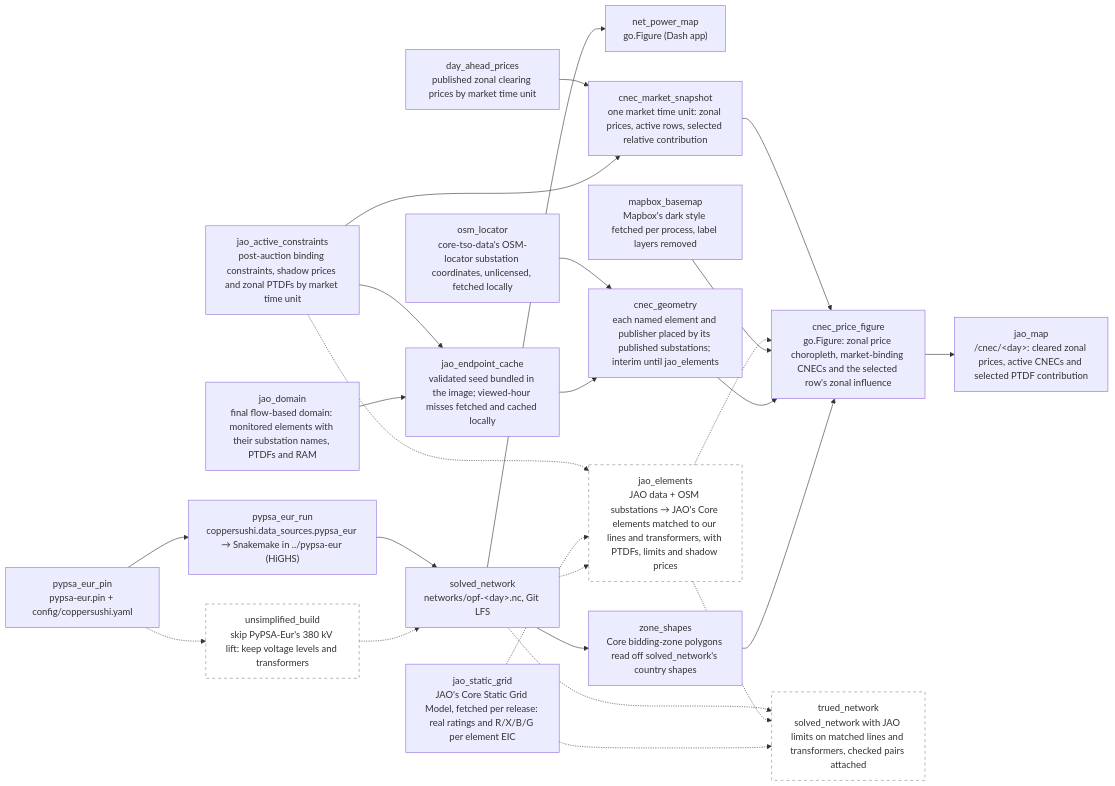
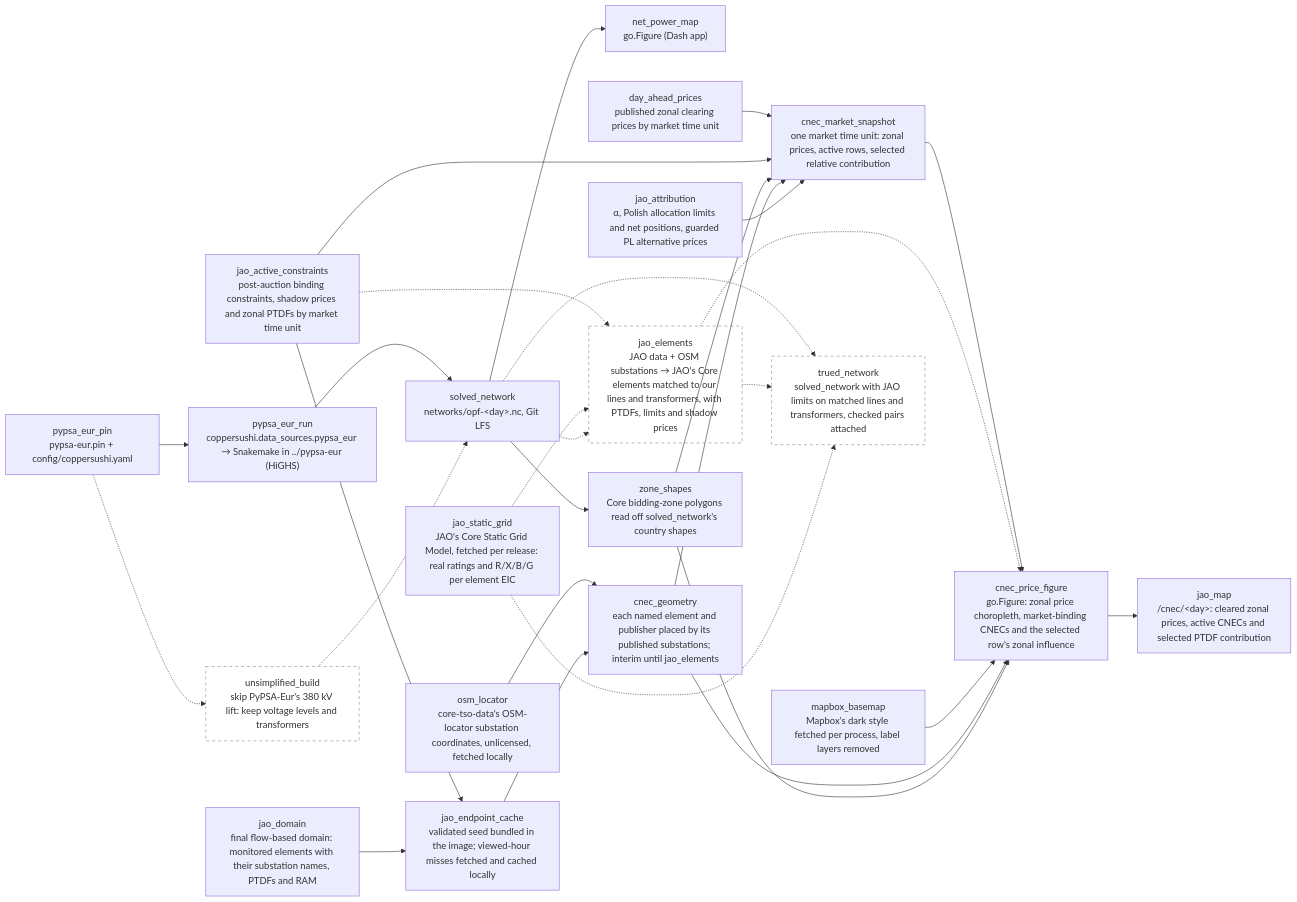
The diagram in wiki/sushi-2.md (zoltanmaric/coppersushi), drawn with Mermaid before and after one commit. The commit also changed 28 other files, not shown here.

````diff
--- a/wiki/sushi-2.md
+++ b/wiki/sushi-2.md
@@ -17,52 +17,56 @@
 ```mermaid
 flowchart LR
     classDef planned stroke-dasharray: 5 5,stroke:#888,fill:none
 
     net_power_map["net_power_map<br/>go.Figure (Dash app)"]
 
     pypsa_eur_pin["pypsa_eur_pin<br/>pypsa-eur.pin + config/coppersushi.yaml"]
     pypsa_eur_run["pypsa_eur_run<br/>coppersushi.data_sources.pypsa_eur → Snakemake in ../pypsa-eur (HiGHS)"]
     solved_network["solved_network<br/>networks/opf-&lt;day&gt;.nc, Git LFS"]
     jao_active_constraints["jao_active_constraints<br/>post-auction binding constraints, shadow prices and zonal PTDFs by market time unit"]
+    jao_attribution["jao_attribution<br/>α, Polish allocation limits and net positions, guarded PL alternative prices"]
     jao_domain["jao_domain<br/>final flow-based domain: monitored elements with their substation names, PTDFs and RAM"]
     jao_endpoint_cache["jao_endpoint_cache<br/>validated seed bundled in the image; viewed-hour misses fetched and cached locally"]
     osm_locator["osm_locator<br/>core-tso-data's OSM-locator substation coordinates, unlicensed, fetched locally"]
     cnec_geometry["cnec_geometry<br/>each named element and publisher placed by its published substations; interim until jao_elements"]
     zone_shapes["zone_shapes<br/>Core bidding-zone polygons read off solved_network's country shapes"]
     mapbox_basemap["mapbox_basemap<br/>Mapbox's dark style fetched per process, label layers removed"]
 
     jao_static_grid["jao_static_grid<br/>JAO's Core Static Grid Model, fetched per release: real ratings and R/X/B/G per element EIC"]
 
     unsimplified["unsimplified_build<br/>skip PyPSA-Eur's 380 kV lift: keep voltage levels and transformers"]:::planned
     jao_elements["jao_elements<br/>JAO data + OSM substations → JAO's Core elements matched to our lines and transformers, with PTDFs, limits and shadow prices"]:::planned
     day_ahead_prices["day_ahead_prices<br/>published zonal clearing prices by market time unit"]
     cnec_market_snapshot["cnec_market_snapshot<br/>one market time unit: zonal prices, active rows, selected relative contribution"]
     cnec_price_figure["cnec_price_figure<br/>go.Figure: zonal price choropleth, market-binding CNECs and the selected row's zonal influence"]
     jao_map["jao_map<br/>/cnec/&lt;day&gt;: cleared zonal prices, active CNECs and selected PTDF contribution"]
     trued_network["trued_network<br/>solved_network with JAO limits on matched lines and transformers, checked pairs attached"]:::planned
 
     pypsa_eur_pin --> pypsa_eur_run
     pypsa_eur_pin -.-> unsimplified
     unsimplified -.-> solved_network
     pypsa_eur_run --> solved_network
     solved_network --> net_power_map
     solved_network --> zone_shapes
     zone_shapes --> cnec_price_figure
     jao_domain --> jao_endpoint_cache
     jao_active_constraints --> jao_endpoint_cache
     jao_endpoint_cache --> cnec_geometry
     osm_locator --> cnec_geometry
     cnec_geometry --> cnec_price_figure
     mapbox_basemap --> cnec_price_figure
     solved_network -.-> jao_elements
     jao_static_grid -.-> jao_elements
     jao_static_grid -.-> trued_network
     jao_active_constraints -.-> jao_elements
+    jao_attribution --> cnec_market_snapshot
+    cnec_geometry --> cnec_market_snapshot
+    zone_shapes --> cnec_market_snapshot
     jao_active_constraints --> cnec_market_snapshot
     day_ahead_prices --> cnec_market_snapshot
     jao_elements -.-> cnec_price_figure
     cnec_market_snapshot --> cnec_price_figure
     cnec_price_figure --> jao_map
     jao_elements -.-> trued_network
     solved_network -.-> trued_network
 ```
````
